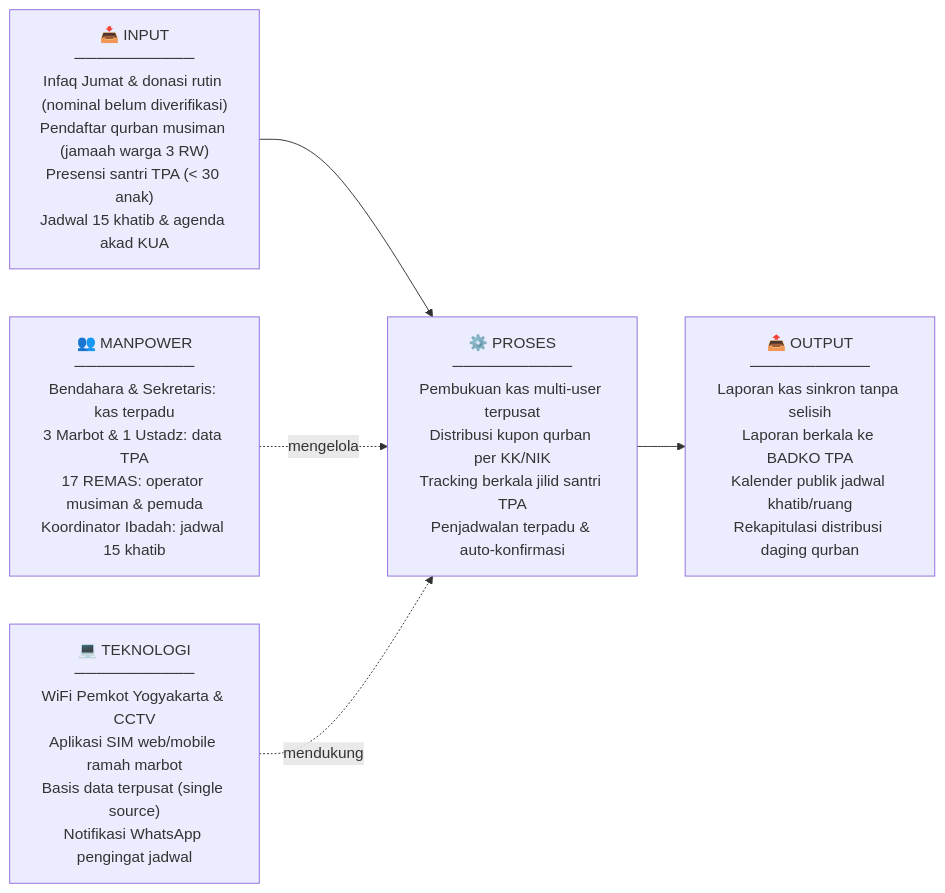
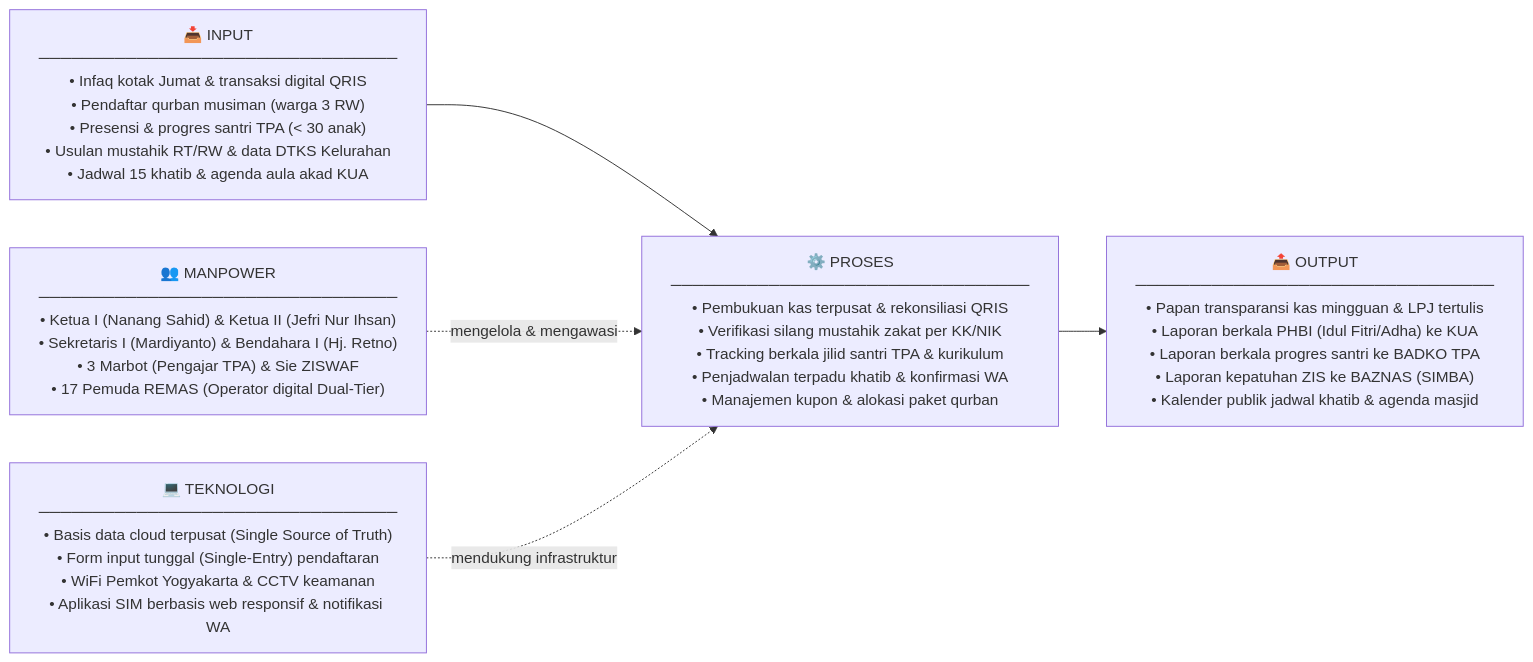
Before and after one commit to anothersunrisee/project-MSI: the first of 2 diagrams in Laporan Modul 1 - Kelompok 1 F1.md, drawn with Mermaid. The commit also changed other lines of this file and 3 other files, not shown here.

Commit message:
fix(reports-audit): harmonize mermaid diagrams across modules 1-3, update AGENTS.md mermaid audit protocol, and align module 3 with Bu Ratna's guidance

````diff
--- a/Laporan Modul 1 - Kelompok 1 F1.md
+++ b/Laporan Modul 1 - Kelompok 1 F1.md
@@ -64,12 +64,16 @@
 ```mermaid
 flowchart LR
-    A["📥 INPUT\n───────────\nInfaq Jumat & donasi rutin (nominal belum diverifikasi)\nPendaftar qurban musiman (jamaah warga 3 RW)\nPresensi santri TPA (< 30 anak)\nJadwal 15 khatib & agenda akad KUA"]
-    B["⚙️ PROSES\n───────────\nPembukuan kas multi-user terpusat\nDistribusi kupon qurban per KK/NIK\nTracking berkala jilid santri TPA\nPenjadwalan terpadu & auto-konfirmasi"]
-    C["📤 OUTPUT\n───────────\nLaporan kas sinkron tanpa selisih\nLaporan berkala ke BADKO TPA\nKalender publik jadwal khatib/ruang\nRekapitulasi distribusi daging qurban"]
-    D["👥 MANPOWER\n───────────\nBendahara & Sekretaris: kas terpadu\n3 Marbot & 1 Ustadz: data TPA\n17 REMAS: operator musiman & pemuda\nKoordinator Ibadah: jadwal 15 khatib"]
-    E["💻 TEKNOLOGI\n───────────\nWiFi Pemkot Yogyakarta & CCTV\nAplikasi SIM web/mobile ramah marbot\nBasis data terpusat (single source)\nNotifikasi WhatsApp pengingat jadwal"]
+    A["📥 INPUT\n─────────────────────────────────\n• Infaq kotak Jumat & transaksi digital QRIS\n• Pendaftar qurban musiman (warga 3 RW)\n• Presensi & progres santri TPA (< 30 anak)\n• Usulan mustahik RT/RW & data DTKS Kelurahan\n• Jadwal 15 khatib & agenda aula akad KUA"]
+    
+    B["⚙️ PROSES\n─────────────────────────────────\n• Pembukuan kas terpusat & rekonsiliasi QRIS\n• Verifikasi silang mustahik zakat per KK/NIK\n• Tracking berkala jilid santri TPA & kurikulum\n• Penjadwalan terpadu khatib & konfirmasi WA\n• Manajemen kupon & alokasi paket qurban"]
+    
+    C["📤 OUTPUT\n─────────────────────────────────\n• Papan transparansi kas mingguan & LPJ tertulis\n• Laporan berkala PHBI (Idul Fitri/Adha) ke KUA\n• Laporan berkala progres santri ke BADKO TPA\n• Laporan kepatuhan ZIS ke BAZNAS (SIMBA)\n• Kalender publik jadwal khatib & agenda masjid"]
+    
+    D["👥 MANPOWER\n─────────────────────────────────\n• Ketua I (Nanang Sahid) & Ketua II (Jefri Nur Ihsan)\n• Sekretaris I (Mardiyanto) & Bendahara I (Hj. Retno)\n• 3 Marbot (Pengajar TPA) & Sie ZISWAF\n• 17 Pemuda REMAS (Operator digital Dual-Tier)"]
+    
+    E["💻 TEKNOLOGI\n─────────────────────────────────\n• Basis data cloud terpusat (Single Source of Truth)\n• Form input tunggal (Single-Entry) pendaftaran\n• WiFi Pemkot Yogyakarta & CCTV keamanan\n• Aplikasi SIM berbasis web responsif & notifikasi WA"]
 
     A --> B --> C
-    D -. mengelola .-> B
-    E -. mendukung .-> B
+    D -. mengelola & mengawasi .-> B
+    E -. mendukung infrastruktur .-> B
 ```
````
